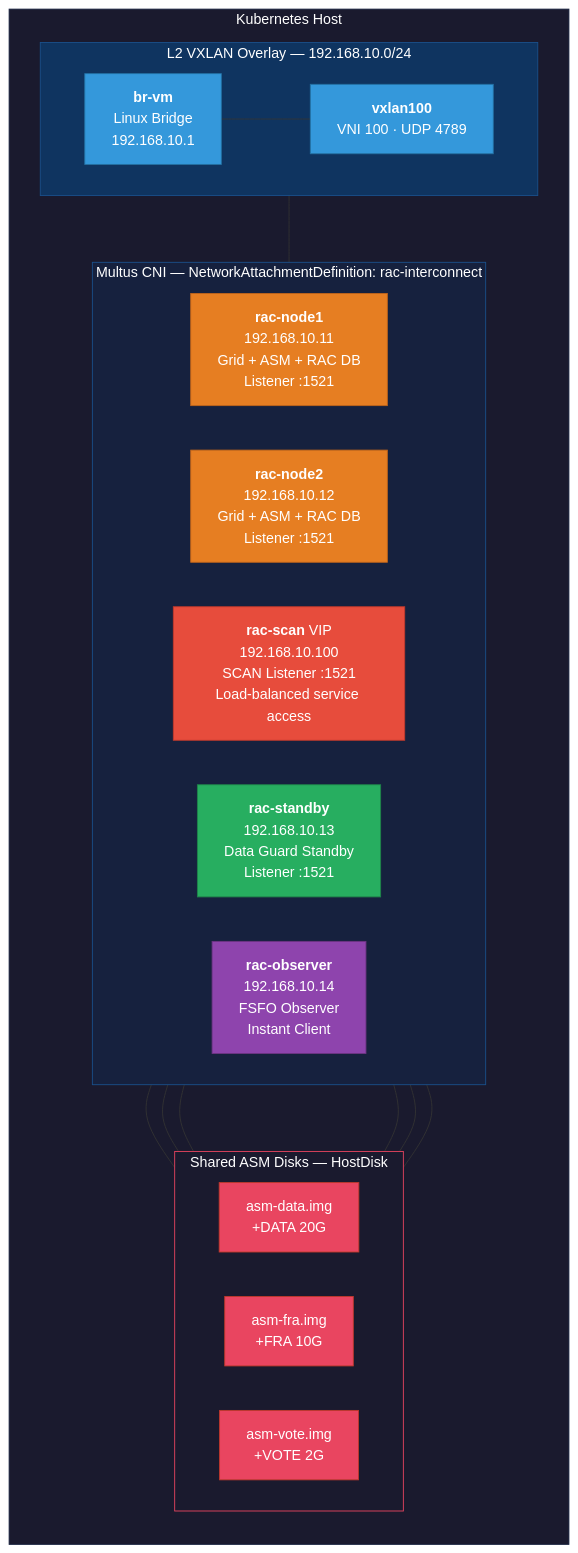
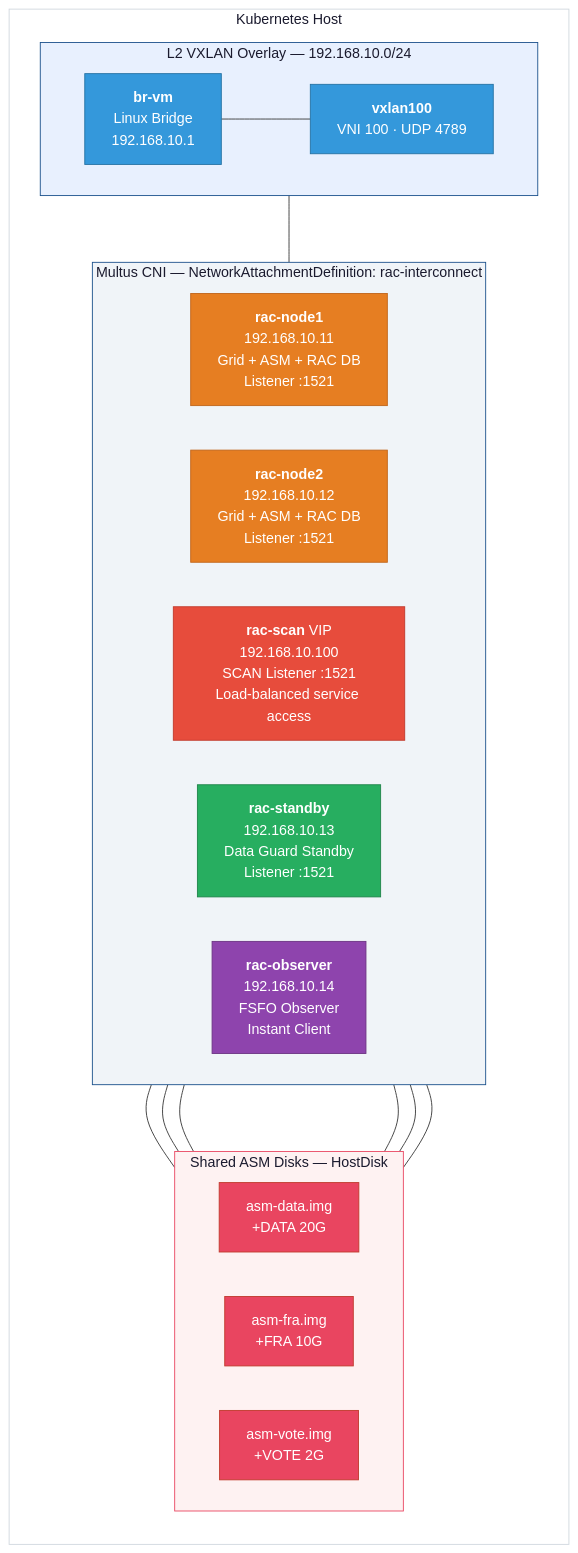
One commit to mazsola2k/platform-engineering changed the third of 4 diagrams in oracle-rac/README.MD. Above: the diagram before and after it, drawn with Mermaid. The commit also changed other lines of this file, not shown here.

````diff
--- a/oracle-rac/README.MD
+++ b/oracle-rac/README.MD
@@ -132,48 +132,48 @@
 ```mermaid
 flowchart TB
     subgraph K8s["Kubernetes Host"]
         direction TB
         subgraph VXLAN["L2 VXLAN Overlay — 192.168.10.0/24"]
             direction LR
             Bridge["<b>br-vm</b><br/>Linux Bridge<br/>192.168.10.1"]
             VX["<b>vxlan100</b><br/>VNI 100 · UDP 4789"]
             Bridge --- VX
         end
 
         subgraph Multus["Multus CNI — NetworkAttachmentDefinition: rac-interconnect"]
             direction LR
             N1["<b>rac-node1</b><br/>192.168.10.11<br/>Grid + ASM + RAC DB<br/>Listener :1521"]
             N2["<b>rac-node2</b><br/>192.168.10.12<br/>Grid + ASM + RAC DB<br/>Listener :1521"]
             SCAN["<b>rac-scan</b> VIP<br/>192.168.10.100<br/>SCAN Listener :1521<br/>Load-balanced service access"]
             SB["<b>rac-standby</b><br/>192.168.10.13<br/>Data Guard Standby<br/>Listener :1521"]
             OB["<b>rac-observer</b><br/>192.168.10.14<br/>FSFO Observer<br/>Instant Client"]
         end
 
         VXLAN --- Multus
 
         subgraph ASM["Shared ASM Disks — HostDisk"]
             direction LR
             D1["asm-data.img<br/>+DATA 20G"]
             D2["asm-fra.img<br/>+FRA 10G"]
             D3["asm-vote.img<br/>+VOTE 2G"]
         end
 
         N1 --- D1 & D2 & D3
         N2 --- D1 & D2 & D3
     end
 
-    style K8s fill:#1a1a2e,stroke:#16213e,color:#fff
-    style VXLAN fill:#0f3460,stroke:#1a508b,color:#fff
-    style Multus fill:#16213e,stroke:#1a508b,color:#fff
-    style ASM fill:#1a1a2e,stroke:#e94560,color:#fff
+    style K8s fill:#ffffff,stroke:#d0d7de,color:#1a1a2e
+    style VXLAN fill:#e8f0fe,stroke:#1a508b,color:#1a1a2e
+    style Multus fill:#f0f4f8,stroke:#1a508b,color:#1a1a2e
+    style ASM fill:#fef2f2,stroke:#e94560,color:#1a1a2e
     style Bridge fill:#3498db,stroke:#2471a3,color:#fff
     style VX fill:#3498db,stroke:#2471a3,color:#fff
     style N1 fill:#e67e22,stroke:#c0641a,color:#fff
     style N2 fill:#e67e22,stroke:#c0641a,color:#fff
     style SCAN fill:#e74c3c,stroke:#c0392b,color:#fff
     style SB fill:#27ae60,stroke:#1e8449,color:#fff
     style OB fill:#8e44ad,stroke:#6c3483,color:#fff
     style D1 fill:#e94560,stroke:#c0392b,color:#fff
     style D2 fill:#e94560,stroke:#c0392b,color:#fff
     style D3 fill:#e94560,stroke:#c0392b,color:#fff
 ```
````
